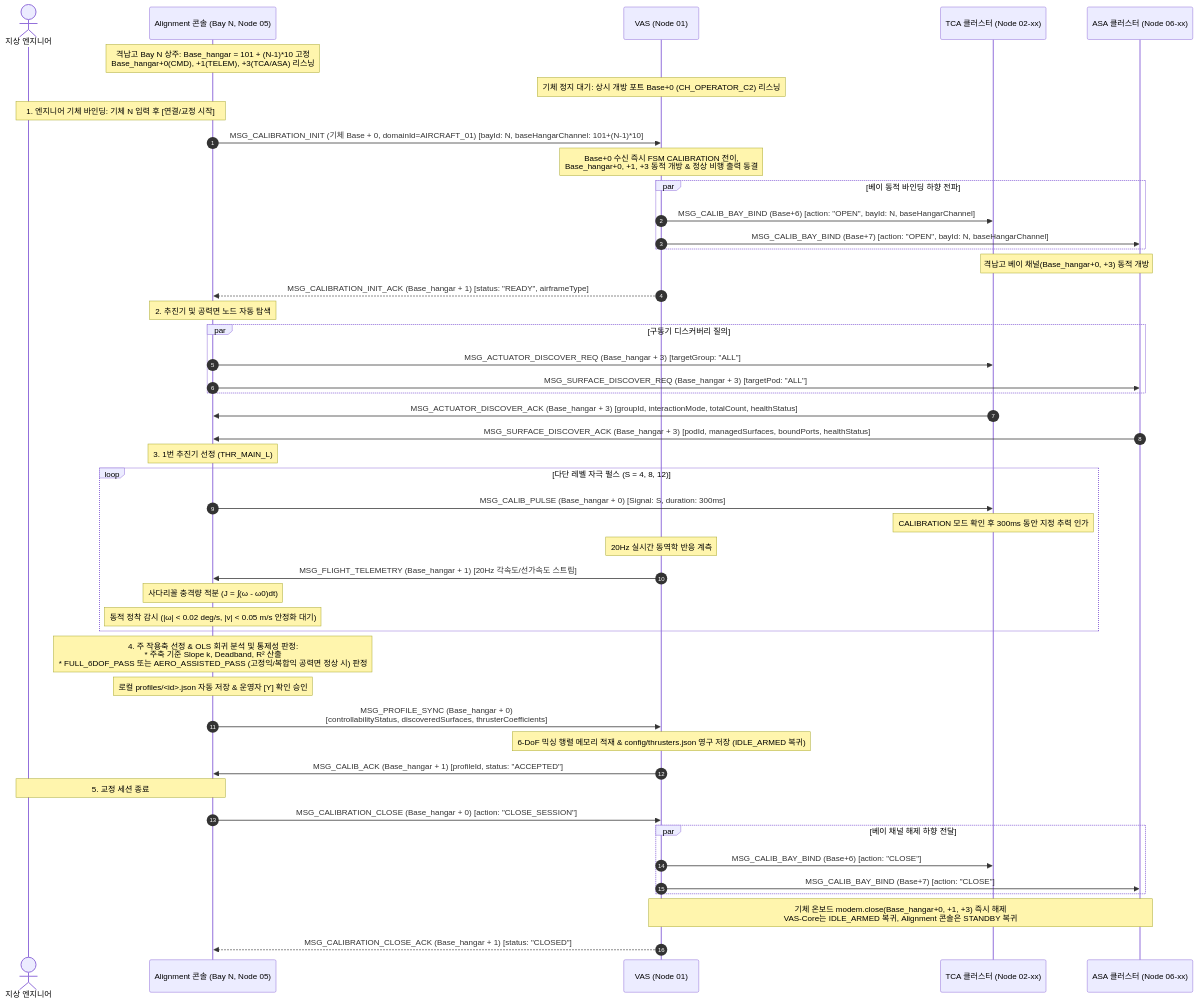
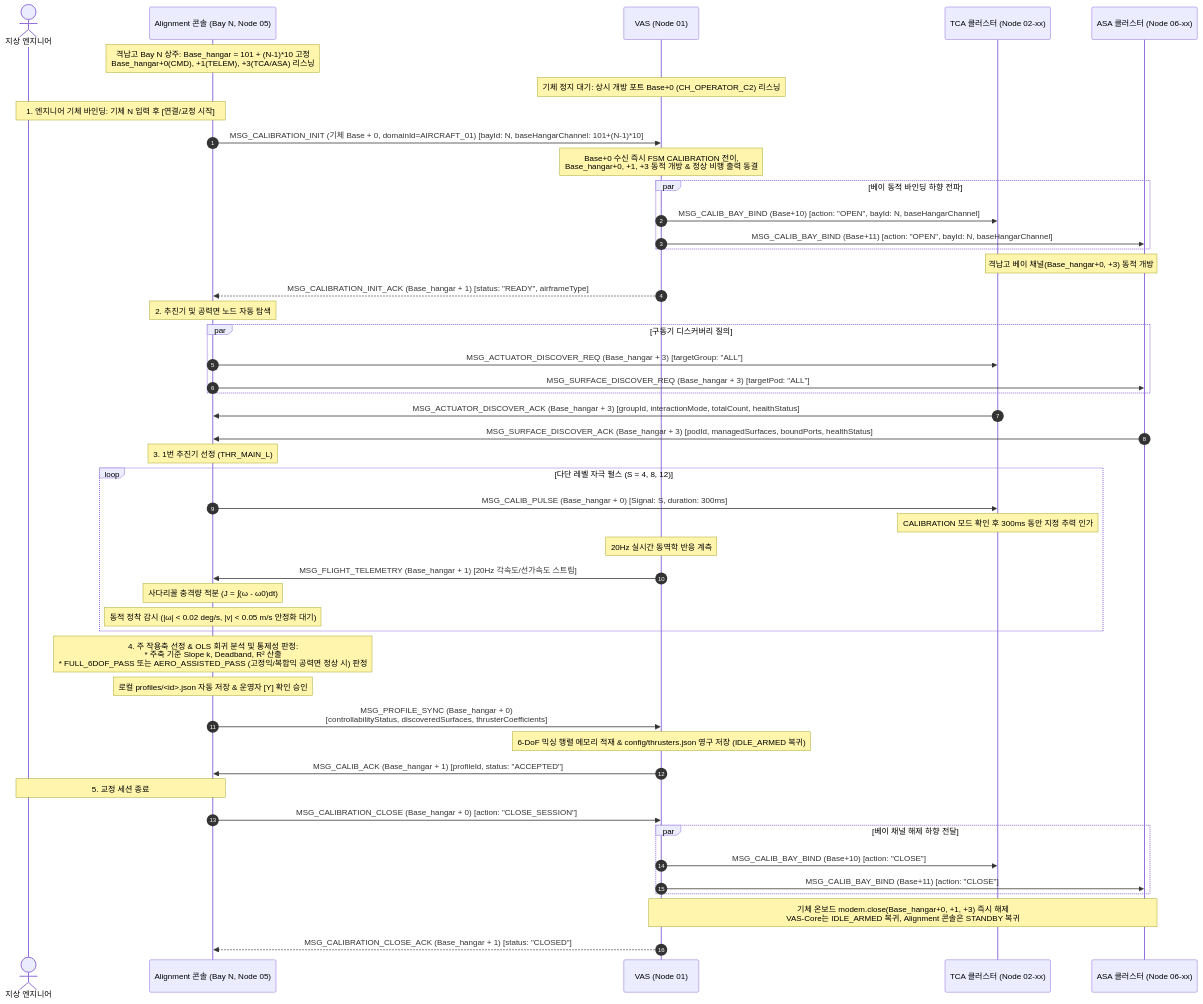
One commit to Polimachi/Aeroneutics_Autopilot changed the sixth of 9 diagrams in docs/system/SYSTEM_PROGRAM_RELATION_AND_PACKET_DIAGRAM.md. Above: the diagram before and after it, drawn with Mermaid. The commit also changed other lines of this file and 30 other files, not shown here.

First line of the commit message:
docs: refactor system specifications to 40-channel internal zone architecture

````diff
--- a/docs/system/SYSTEM_PROGRAM_RELATION_AND_PACKET_DIAGRAM.md
+++ b/docs/system/SYSTEM_PROGRAM_RELATION_AND_PACKET_DIAGRAM.md
@@ -432,56 +439,56 @@
 ```mermaid
 sequenceDiagram
     autonumber
     actor ENG as 지상 엔지니어
     participant A as Alignment 콘솔 (Bay N, Node 05)
     participant C as VAS (Node 01)
     participant T as TCA 클러스터 (Node 02-xx)
     participant W as ASA 클러스터 (Node 06-xx)
 
     Note over A: 격납고 Bay N 상주: Base_hangar = 101 + (N-1)*10 고정<br/>Base_hangar+0(CMD), +1(TELEM), +3(TCA/ASA) 리스닝
     Note over C: 기체 정지 대기: 상시 개방 포트 Base+0 (CH_OPERATOR_C2) 리스닝
 
     Note over ENG,A: 1. 엔지니어 기체 바인딩: 기체 N 입력 후 [연결/교정 시작]
     A->>C: MSG_CALIBRATION_INIT (기체 Base + 0, domainId=AIRCRAFT_01) [bayId: N, baseHangarChannel: 101+(N-1)*10]
     Note over C: Base+0 수신 즉시 FSM CALIBRATION 전이,<br/>Base_hangar+0, +1, +3 동적 개방 & 정상 비행 출력 동결
     par 베이 동적 바인딩 하향 전파
-        C->>T: MSG_CALIB_BAY_BIND (Base+6) [action: "OPEN", bayId: N, baseHangarChannel]
-        C->>W: MSG_CALIB_BAY_BIND (Base+7) [action: "OPEN", bayId: N, baseHangarChannel]
+        C->>T: MSG_CALIB_BAY_BIND (Base+10) [action: "OPEN", bayId: N, baseHangarChannel]
+        C->>W: MSG_CALIB_BAY_BIND (Base+11) [action: "OPEN", bayId: N, baseHangarChannel]
     end
     Note over T,W: 격납고 베이 채널(Base_hangar+0, +3) 동적 개방
     C-->>A: MSG_CALIBRATION_INIT_ACK (Base_hangar + 1) [status: "READY", airframeType]
 
     Note over A: 2. 추진기 및 공력면 노드 자동 탐색
     par 구동기 디스커버리 질의
         A->>T: MSG_ACTUATOR_DISCOVER_REQ (Base_hangar + 3) [targetGroup: "ALL"]
         A->>W: MSG_SURFACE_DISCOVER_REQ (Base_hangar + 3) [targetPod: "ALL"]
     end
     T->>A: MSG_ACTUATOR_DISCOVER_ACK (Base_hangar + 3) [groupId, interactionMode, totalCount, healthStatus]
     W->>A: MSG_SURFACE_DISCOVER_ACK (Base_hangar + 3) [podId, managedSurfaces, boundPorts, healthStatus]
 
     Note over A: 3. 1번 추진기 선정 (THR_MAIN_L)
     loop 다단 레벨 자극 펄스 (S = 4, 8, 12)
         A->>T: MSG_CALIB_PULSE (Base_hangar + 0) [Signal: S, duration: 300ms]
         Note over T: CALIBRATION 모드 확인 후 300ms 동안 지정 추력 인가
         Note over C: 20Hz 실시간 동역학 반응 계측
         C->>A: MSG_FLIGHT_TELEMETRY (Base_hangar + 1) [20Hz 각속도/선가속도 스트림]
         Note over A: 사다리꼴 충격량 적분 (J = ∫(ω - ω0)dt)
         Note over A: 동적 정착 감시 (|ω| < 0.02 deg/s, |v| < 0.05 m/s 안정화 대기)
     end
 
     Note over A: 4. 주 작용축 선정 & OLS 회귀 분석 및 통제성 판정:<br/>* 주축 기준 Slope k, Deadband, R² 산출<br/>* FULL_6DOF_PASS 또는 AERO_ASSISTED_PASS (고정익/복합익 공력면 정상 시) 판정
     Note over A: 로컬 profiles/<id>.json 자동 저장 & 운영자 [Y] 확인 승인
 
     A->>C: MSG_PROFILE_SYNC (Base_hangar + 0)<br/>[controllabilityStatus, discoveredSurfaces, thrusterCoefficients]
     Note over C: 6-DoF 믹싱 행렬 메모리 적재 & config/thrusters.json 영구 저장 (IDLE_ARMED 복귀)
     C->>A: MSG_CALIB_ACK (Base_hangar + 1) [profileId, status: "ACCEPTED"]
 
     Note over ENG,A: 5. 교정 세션 종료
     A->>C: MSG_CALIBRATION_CLOSE (Base_hangar + 0) [action: "CLOSE_SESSION"]
     par 베이 채널 해제 하향 전달
-        C->>T: MSG_CALIB_BAY_BIND (Base+6) [action: "CLOSE"]
-        C->>W: MSG_CALIB_BAY_BIND (Base+7) [action: "CLOSE"]
+        C->>T: MSG_CALIB_BAY_BIND (Base+10) [action: "CLOSE"]
+        C->>W: MSG_CALIB_BAY_BIND (Base+11) [action: "CLOSE"]
     end
     Note over C,W: 기체 온보드 modem.close(Base_hangar+0, +1, +3) 즉시 해제<br/>VAS-Core는 IDLE_ARMED 복귀, Alignment 콘솔은 STANDBY 복귀
     C-->>A: MSG_CALIBRATION_CLOSE_ACK (Base_hangar + 1) [status: "CLOSED"]
 ```
````
